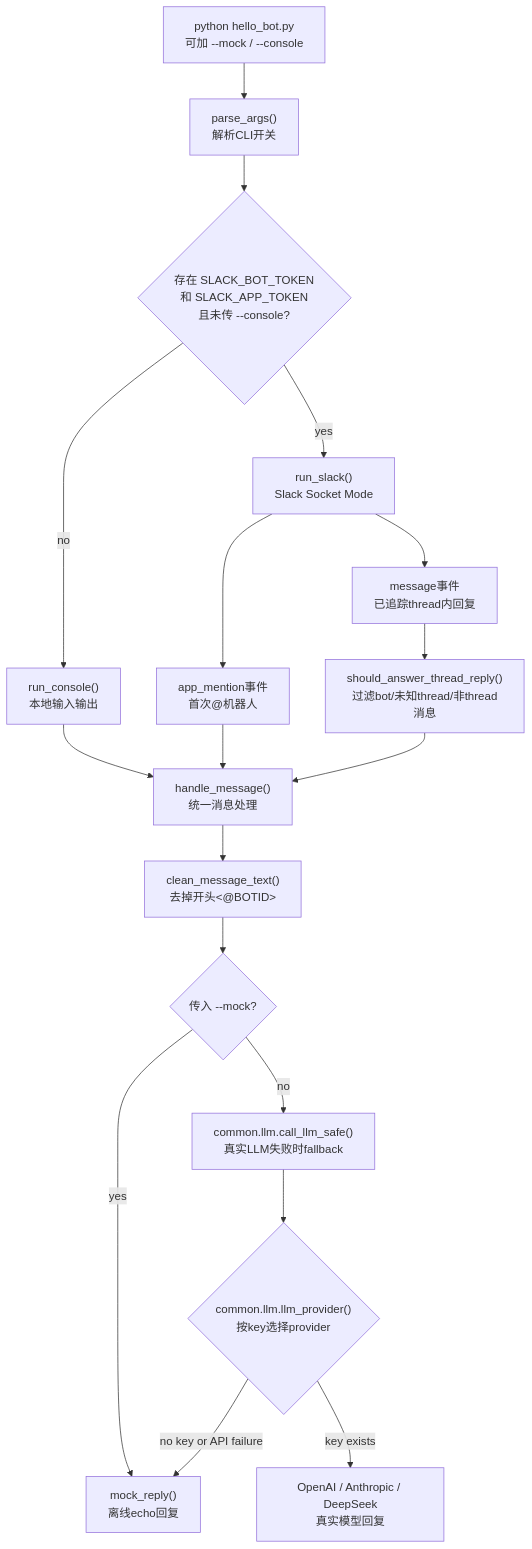
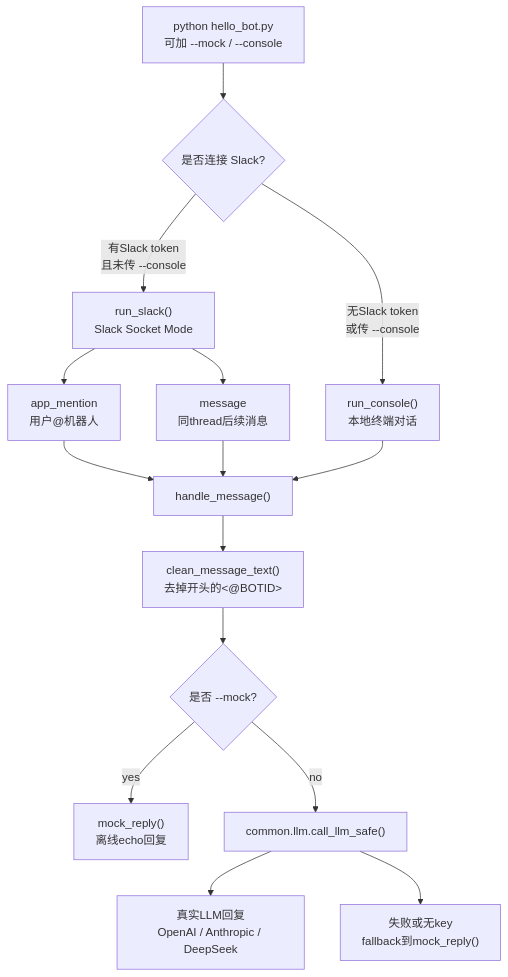
One commit to Zizhenyu/ai-practice changed the third of 3 diagrams in course-demos/ARCHITECTURE.md. Above: the diagram before and after it, drawn with Mermaid. The commit also changed other lines of this file, not shown here.

Commit message:
Simplify session architecture diagram

````diff
--- a/course-demos/ARCHITECTURE.md
+++ b/course-demos/ARCHITECTURE.md
@@ -109,29 +64,19 @@
 ```mermaid
 flowchart TD
-    start["python hello_bot.py<br/>可加 --mock / --console"]
-    args["parse_args()<br/>解析CLI开关"]
-    tokens{"存在 SLACK_BOT_TOKEN<br/>和 SLACK_APP_TOKEN<br/>且未传 --console?"}
-    console["run_console()<br/>本地输入输出"]
-    slack["run_slack()<br/>Slack Socket Mode"]
-    mention["app_mention事件<br/>首次@机器人"]
-    thread["message事件<br/>已追踪thread内回复"]
-    gate["should_answer_thread_reply()<br/>过滤bot/未知thread/非thread消息"]
-    handler["handle_message()<br/>统一消息处理"]
-    clean["clean_message_text()<br/>去掉开头<@BOTID>"]
-    mode{"传入 --mock?"}
-    mock["mock_reply()<br/>离线echo回复"]
-    llm_safe["common.llm.call_llm_safe()<br/>真实LLM失败时fallback"]
-    provider{"common.llm.llm_provider()<br/>按key选择provider"}
-    real["OpenAI / Anthropic / DeepSeek<br/>真实模型回复"]
+    start["python hello_bot.py<br/>可加 --mock / --console"] --> choose{"是否连接 Slack?"}
+    choose -- "无Slack token<br/>或传 --console" --> console["run_console()<br/>本地终端对话"]
+    choose -- "有Slack token<br/>且未传 --console" --> slack["run_slack()<br/>Slack Socket Mode"]
 
-    start --> args --> tokens
-    tokens -- no --> console --> handler
-    tokens -- yes --> slack
-    slack --> mention --> handler
-    slack --> thread --> gate --> handler
-    handler --> clean --> mode
-    mode -- yes --> mock
-    mode -- no --> llm_safe --> provider
-    provider -- key exists --> real
-    provider -- no key or API failure --> mock
+    slack --> mention["app_mention<br/>用户@机器人"]
+    slack --> thread["message<br/>同thread后续消息"]
+    mention --> handler["handle_message()"]
+    thread --> handler
+    console --> handler
+
+    handler --> clean["clean_message_text()<br/>去掉开头的<@BOTID>"]
+    clean --> mode{"是否 --mock?"}
+    mode -- yes --> mock["mock_reply()<br/>离线echo回复"]
+    mode -- no --> llm["common.llm.call_llm_safe()"]
+    llm --> real["真实LLM回复<br/>OpenAI / Anthropic / DeepSeek"]
+    llm --> fallback["失败或无key<br/>fallback到mock_reply()"]
 ```
````
